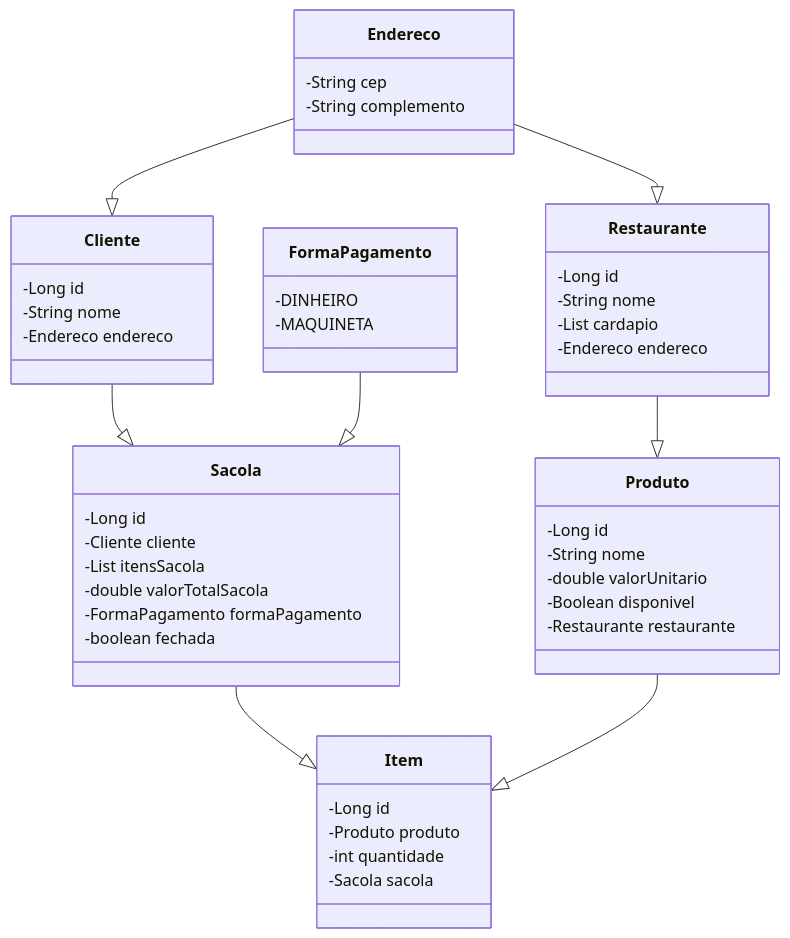
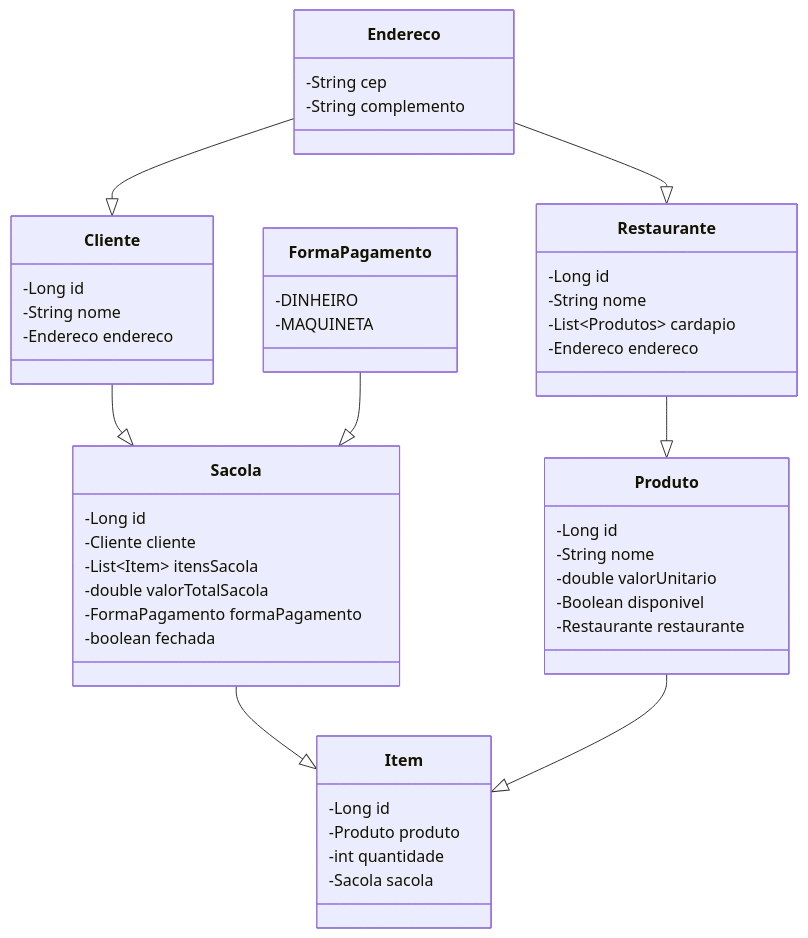
The diagram in README.md (tfalc/Shop-Cart-API), drawn with Mermaid before and after one commit.

````diff
--- a/README.md
+++ b/README.md
@@ -25,43 +25,43 @@
 ```mermaid
 classDiagram
 Cliente --|> Sacola
 Cliente : -Long id
 Cliente : -String nome
 Cliente : -Endereco endereco
 
 Sacola : -Long id
 Sacola : -Cliente cliente
-Sacola : -List<Item> itensSacola
+Sacola : -List~Item~ itensSacola
 Sacola : -double valorTotalSacola
 Sacola : -FormaPagamento formaPagamento
 Sacola : -boolean fechada
 
 Endereco --|> Cliente
 Endereco : -String cep
 Endereco : -String complemento
 
 FormaPagamento --|> Sacola
 FormaPagamento : -DINHEIRO
 FormaPagamento : -MAQUINETA
 
 Endereco --|> Restaurante
 Restaurante --|> Produto
 Restaurante : -Long id
 Restaurante : -String nome
-Restaurante : -List<Produtos> cardapio
+Restaurante : -List~Produtos~ cardapio
 Restaurante : -Endereco endereco
 
 Sacola --|> Item
 Produto --|> Item
 Item : -Long id
 Item : -Produto produto
 Item : -int quantidade
 Item : -Sacola sacola
 
 Produto : -Long id
 Produto : -String nome
 Produto : -double valorUnitario
 Produto : -Boolean disponivel
 Produto : -Restaurante restaurante
  
 ```
````
